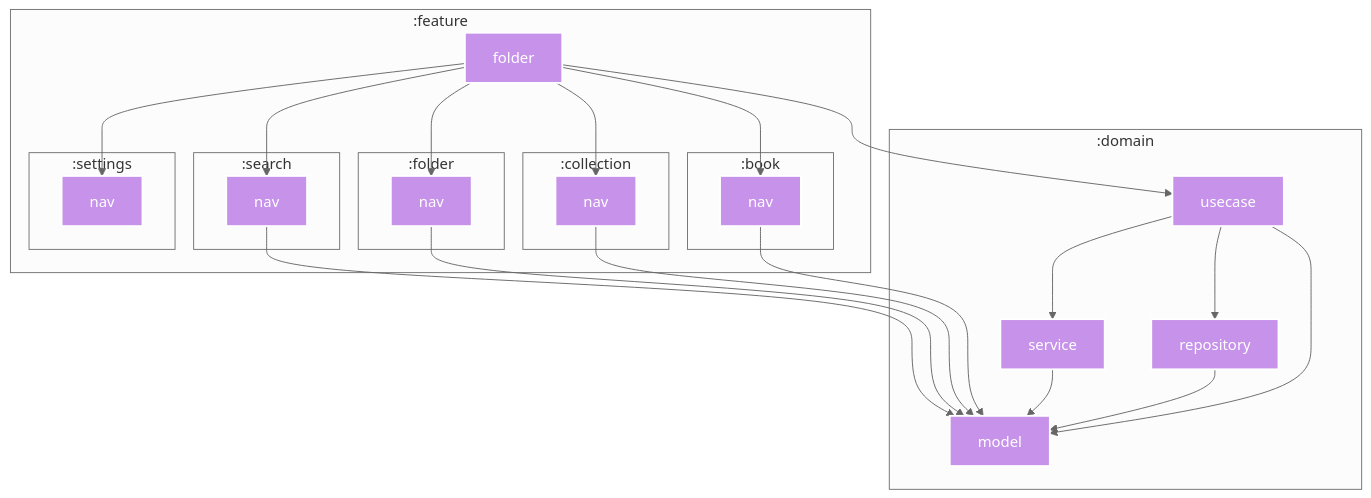
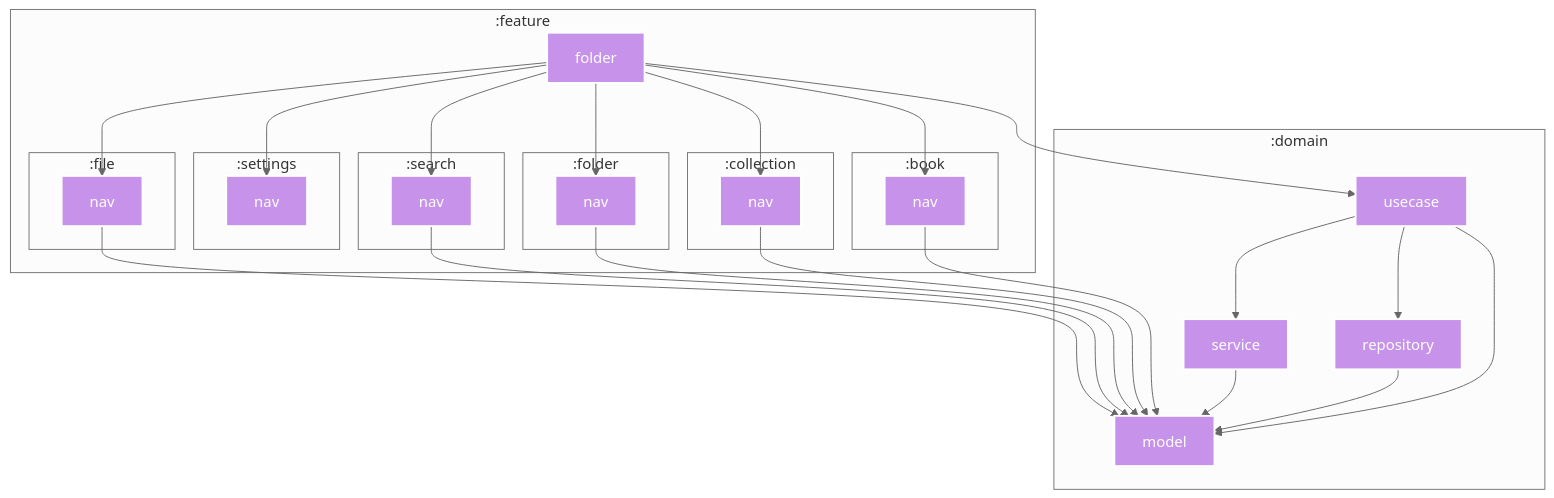
The diagram in feature/folder/README.md (SorrowBlue/ComicViewer), drawn with Mermaid before and after one commit. The commit also changed 21 other files, not shown here.

First line of the commit message:
refactor: Decouple feature:file implementation from feature:file:nav (#1423)

````diff
--- a/feature/folder/README.md
+++ b/feature/folder/README.md
@@ -5,70 +5,77 @@
 ```mermaid
 %%{
   init: {
     'theme': 'neutral'
   }
 }%%
 
 graph TB
   subgraph :domain
     :domain:usecase["usecase"]
     :domain:model["model"]
     :domain:repository["repository"]
     :domain:service["service"]
     :domain:service["service"]
     :domain:model["model"]
     :domain:usecase["usecase"]
     :domain:repository["repository"]
   end
   subgraph :feature
     :feature:folder["folder"]
     subgraph :folder
       :feature:folder:nav["nav"]
       :feature:folder:nav["nav"]
     end
+    subgraph :file
+      :feature:file:nav["nav"]
+      :feature:file:nav["nav"]
+    end
     subgraph :book
       :feature:book:nav["nav"]
       :feature:book:nav["nav"]
     end
     subgraph :collection
       :feature:collection:nav["nav"]
       :feature:collection:nav["nav"]
     end
     subgraph :search
       :feature:search:nav["nav"]
       :feature:search:nav["nav"]
     end
     subgraph :settings
       :feature:settings:nav["nav"]
     end
   end
 
   :domain:usecase --> :domain:model
   :domain:usecase --> :domain:repository
   :domain:usecase --> :domain:service
   :domain:service --> :domain:model
   :feature:folder:nav --> :domain:model
+  :feature:file:nav --> :domain:model
   :feature:book:nav --> :domain:model
   :feature:collection:nav --> :domain:model
   :feature:folder --> :domain:usecase
   :feature:folder --> :feature:book:nav
   :feature:folder --> :feature:collection:nav
   :feature:folder --> :feature:folder:nav
   :feature:folder --> :feature:search:nav
   :feature:folder --> :feature:settings:nav
+  :feature:folder --> :feature:file:nav
   :domain:repository --> :domain:model
   :feature:search:nav --> :domain:model
 
 classDef kotlin-multiplatform fill:#C792EA,stroke:#fff,stroke-width:2px,color:#fff;
 class :domain:usecase kotlin-multiplatform
 class :domain:model kotlin-multiplatform
 class :domain:repository kotlin-multiplatform
 class :domain:service kotlin-multiplatform
 class :feature:folder:nav kotlin-multiplatform
+class :feature:file:nav kotlin-multiplatform
 class :feature:book:nav kotlin-multiplatform
 class :feature:collection:nav kotlin-multiplatform
 class :feature:folder kotlin-multiplatform
 class :feature:search:nav kotlin-multiplatform
 class :feature:settings:nav kotlin-multiplatform
 
 ```
````
